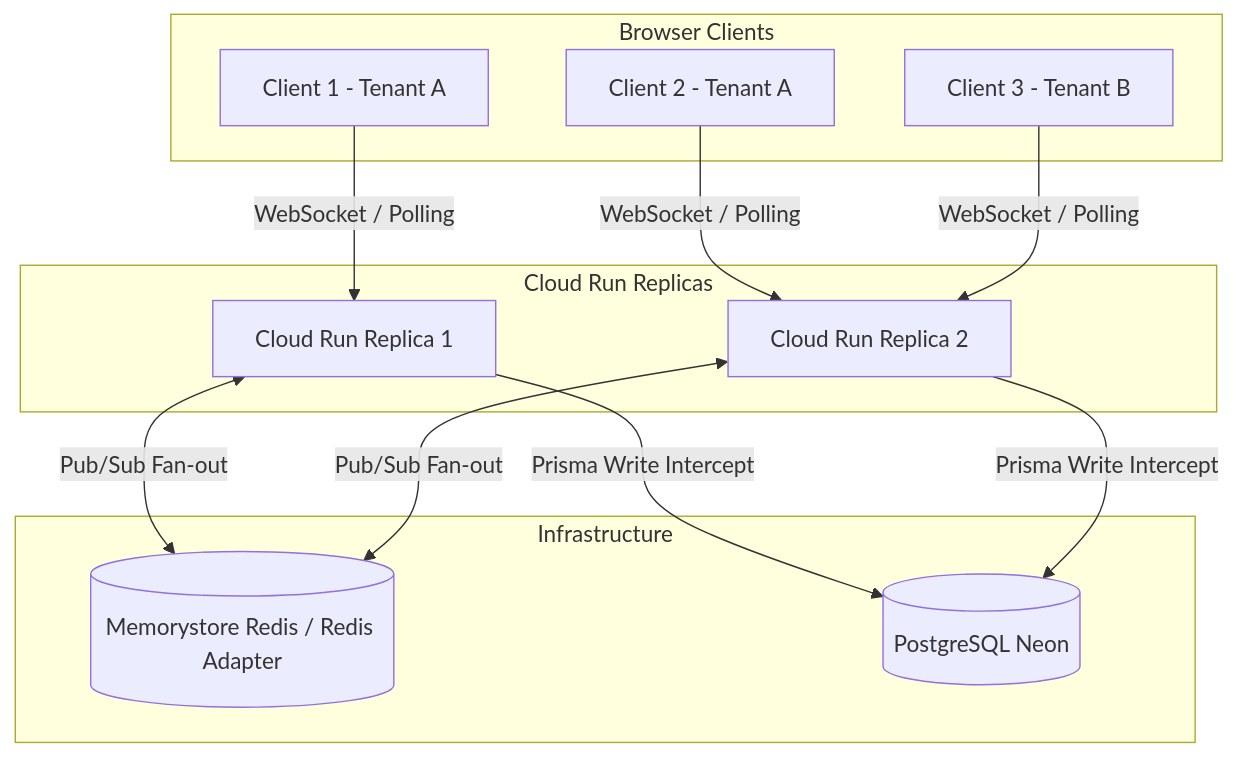
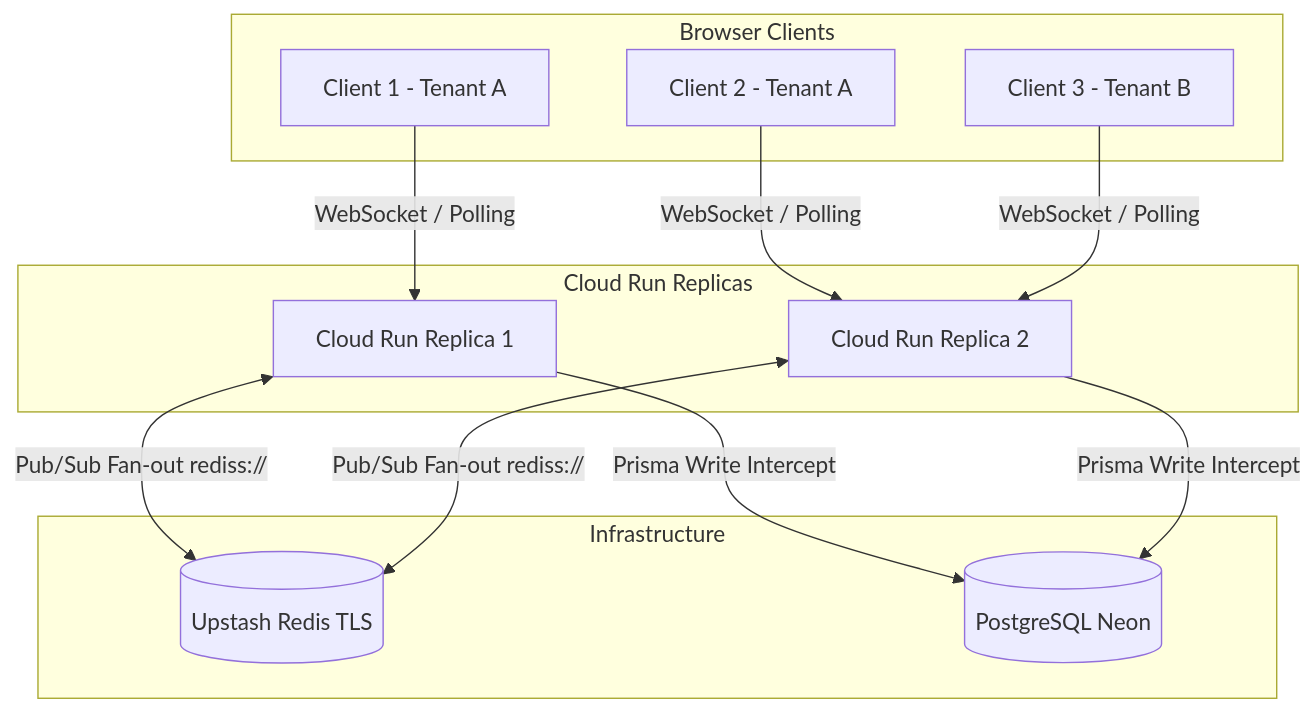
Before and after one commit to vandean25/auto-core-platform: the diagram in docs/internal/05-Runbooks/socketio-redis-scaling-runbook.md, drawn with Mermaid. The commit also changed other lines of this file and 4 other files, not shown here.

First line of the commit message:
fix(realtime): fail-closed Redis on bootstrap and document Upstash

````diff
--- a/docs/internal/05-Runbooks/socketio-redis-scaling-runbook.md
+++ b/docs/internal/05-Runbooks/socketio-redis-scaling-runbook.md
@@ -11,28 +13,28 @@
 ```mermaid
 graph TD
     subgraph Browser Clients
         C1[Client 1 - Tenant A]
         C2[Client 2 - Tenant A]
         C3[Client 3 - Tenant B]
     end
 
     subgraph Cloud Run Replicas
         R1[Cloud Run Replica 1]
         R2[Cloud Run Replica 2]
     end
 
     subgraph Infrastructure
-        Redis[(Memorystore Redis / Redis Adapter)]
+        Redis[(Upstash Redis TLS)]
         DB[(PostgreSQL Neon)]
     end
 
     C1 -->|WebSocket / Polling| R1
     C2 -->|WebSocket / Polling| R2
     C3 -->|WebSocket / Polling| R2
 
-    R1 <-->|Pub/Sub Fan-out| Redis
-    R2 <-->|Pub/Sub Fan-out| Redis
+    R1 <-->|Pub/Sub Fan-out rediss://| Redis
+    R2 <-->|Pub/Sub Fan-out rediss://| Redis
 
     R1 -->|Prisma Write Intercept| DB
     R2 -->|Prisma Write Intercept| DB
 ```
````
